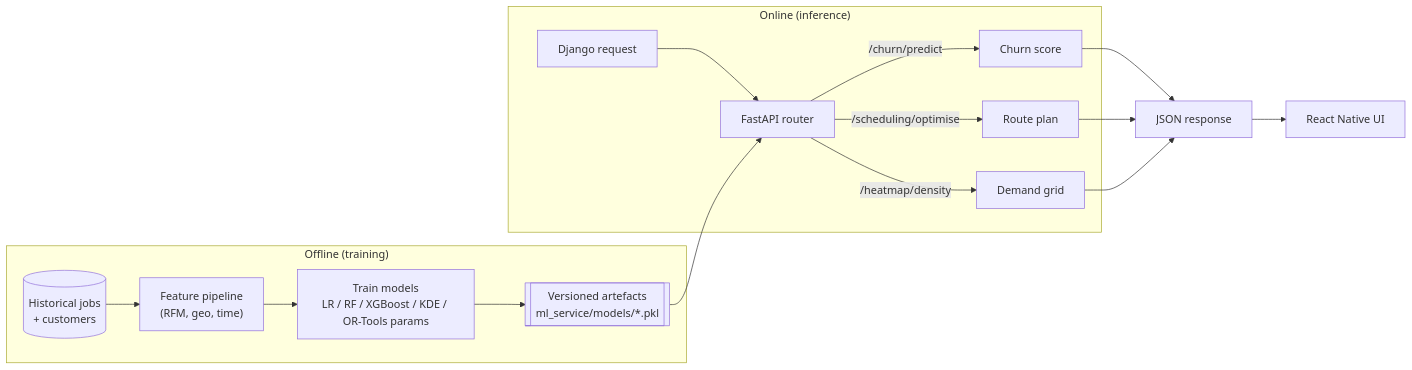
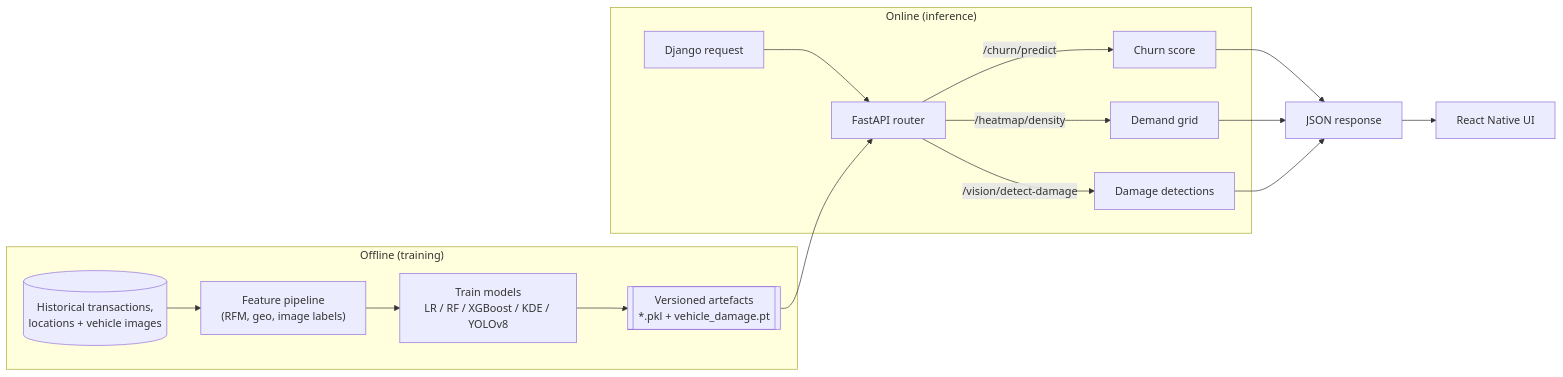
One commit to DD-Meyer/fieldserve changed the fourth of 6 diagrams in ARCHITECTURE.md. Above: the diagram before and after it, drawn with Mermaid. The commit also changed other lines of this file and 108 other files, not shown here.

````diff
--- a/ARCHITECTURE.md
+++ b/ARCHITECTURE.md
@@ -112,21 +112,21 @@
 ```mermaid
 flowchart LR
     subgraph Train["Offline (training)"]
-        RAW[("Historical jobs<br/>+ customers")] --> ETL["Feature pipeline<br/>(RFM, geo, time)"]
-        ETL --> TRN["Train models<br/>LR / RF / XGBoost / KDE / OR-Tools params"]
-        TRN --> ART[["Versioned artefacts<br/>ml_service/models/*.pkl"]]
+        RAW[("Historical transactions,<br/>locations + vehicle images")] --> ETL["Feature pipeline<br/>(RFM, geo, image labels)"]
+        ETL --> TRN["Train models<br/>LR / RF / XGBoost / KDE / YOLOv8"]
+        TRN --> ART[["Versioned artefacts<br/>*.pkl + vehicle_damage.pt"]]
     end
 
     subgraph Serve["Online (inference)"]
         REQ["Django request"] --> FAPI["FastAPI router"]
         ART --> FAPI
         FAPI -->|/churn/predict| C["Churn score"]
-        FAPI -->|/scheduling/optimise| S["Route plan"]
         FAPI -->|/heatmap/density| H["Demand grid"]
+        FAPI -->|/vision/detect-damage| V["Damage detections"]
     end
 
     C --> RESP["JSON response"]
-    S --> RESP
     H --> RESP
+    V --> RESP
     RESP --> APP["React Native UI"]
 ```
````
